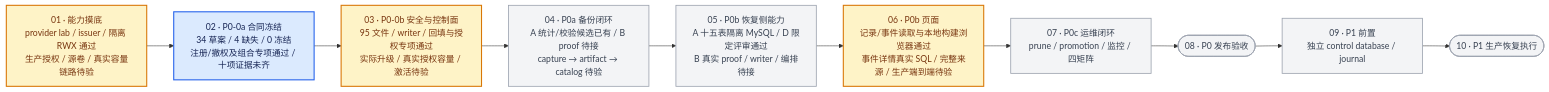
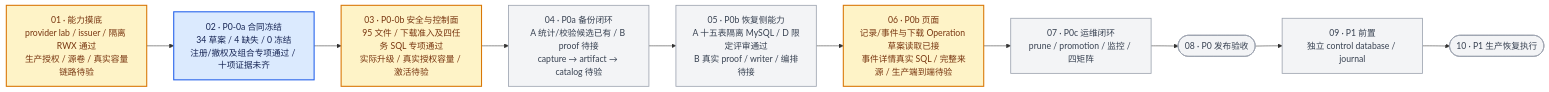
One commit to Li-Day-Day/ClawManager changed the diagram in docs/system-backup-development-flow.md. Above: the diagram before and after it, drawn with Mermaid. The commit also changed other lines of this file and 1107 other files, not shown here.

````diff
--- a/docs/system-backup-development-flow.md
+++ b/docs/system-backup-development-flow.md
@@ -37,22 +37,22 @@
 ```mermaid
 flowchart LR
     S["01 · 能力摸底<br/>provider lab / issuer / 隔离 RWX 通过<br/>生产授权 / 源卷 / 真实容量链路待验"]
     A["02 · P0-0a 合同冻结<br/>34 草案 / 4 缺失 / 0 冻结<br/>注册/撤权及组合专项通过 / 十项证据未齐"]
-    B["03 · P0-0b 安全与控制面<br/>95 文件 / writer / 回填与授权专项通过<br/>实际升级 / 真实授权容量 / 激活待验"]
+    B["03 · P0-0b 安全与控制面<br/>95 文件 / 下载准入及四任务 SQL 专项通过<br/>实际升级 / 真实授权容量 / 激活待验"]
     C["04 · P0a 备份闭环<br/>A 统计/校验候选已有 / B proof 待接<br/>capture → artifact → catalog 待验"]
     D["05 · P0b 恢复侧能力<br/>A 十五表隔离 MySQL / D 限定评审通过<br/>B 真实 proof / writer / 编排待接"]
-    U["06 · P0b 页面<br/>记录/事件读取与本地构建浏览器通过<br/>事件详情真实 SQL / 完整来源 / 生产端到端待验"]
+    U["06 · P0b 页面<br/>记录/事件与下载 Operation 草案读取已接<br/>事件详情真实 SQL / 完整来源 / 生产端到端待验"]
     E["07 · P0c 运维闭环<br/>prune / promotion / 监控 / 四矩阵"]
     G(["08 · P0 发布验收"])
     J["09 · P1 前置<br/>独立 control database / journal"]
     P(["10 · P1 生产恢复执行"])
 
     S --> A --> B --> C --> D --> U --> E --> G --> J --> P
 
     classDef active fill:#DBEAFE,stroke:#2563EB,stroke-width:2px,color:#172554
     classDef partial fill:#FEF3C7,stroke:#D97706,stroke-width:2px,color:#78350F
     classDef planned fill:#F3F4F6,stroke:#9CA3AF,stroke-width:1.5px,color:#374151
     class A active
     class S,B,U partial
     class C,D,E,G,J,P planned
 ```
````
